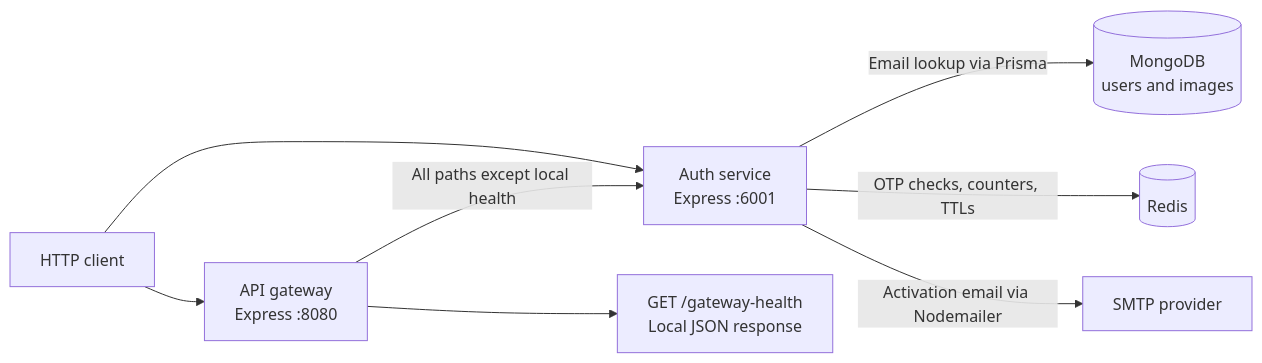
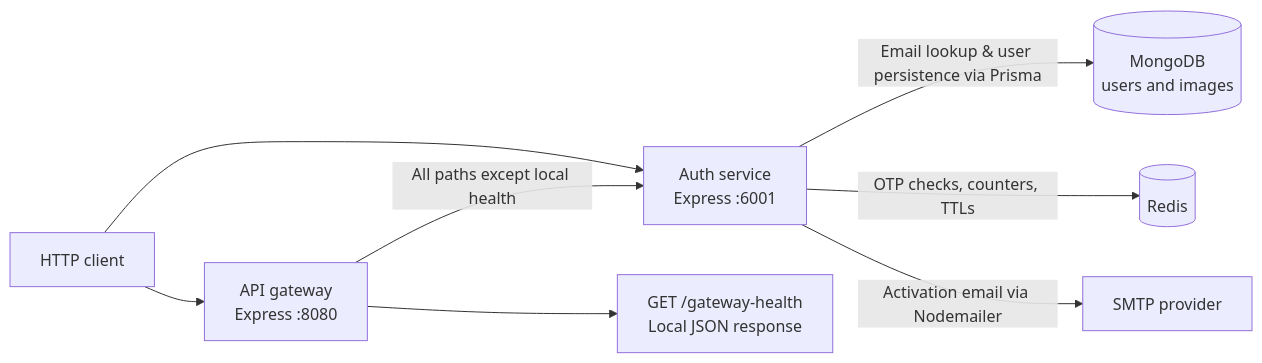
Before and after one commit to Kruskal892/Microservice-SaaS-E-commerce: the diagram in docs/architecture/overview.md, drawn with Mermaid. The commit also changed other lines of this file and 16 other files, not shown here.

Commit message:
Feat: wire OTP verification, bcrypt password hashing, user persistence, and update documentation

````diff
--- a/docs/architecture/overview.md
+++ b/docs/architecture/overview.md
@@ -15,10 +15,10 @@
 ```mermaid
 flowchart LR
     Client["HTTP client"] --> Gateway["API gateway<br/>Express :8080"]
     Client --> Auth["Auth service<br/>Express :6001"]
     Gateway -->|"All paths except local health"| Auth
     Gateway --> Health["GET /gateway-health<br/>Local JSON response"]
-    Auth -->|"Email lookup via Prisma"| Mongo[("MongoDB<br/>users and images")]
+    Auth -->|"Email lookup & user persistence via Prisma"| Mongo[("MongoDB<br/>users and images")]
     Auth -->|"OTP checks, counters, TTLs"| Redis[("Redis")]
     Auth -->|"Activation email via Nodemailer"| SMTP["SMTP provider"]
 ```
````
